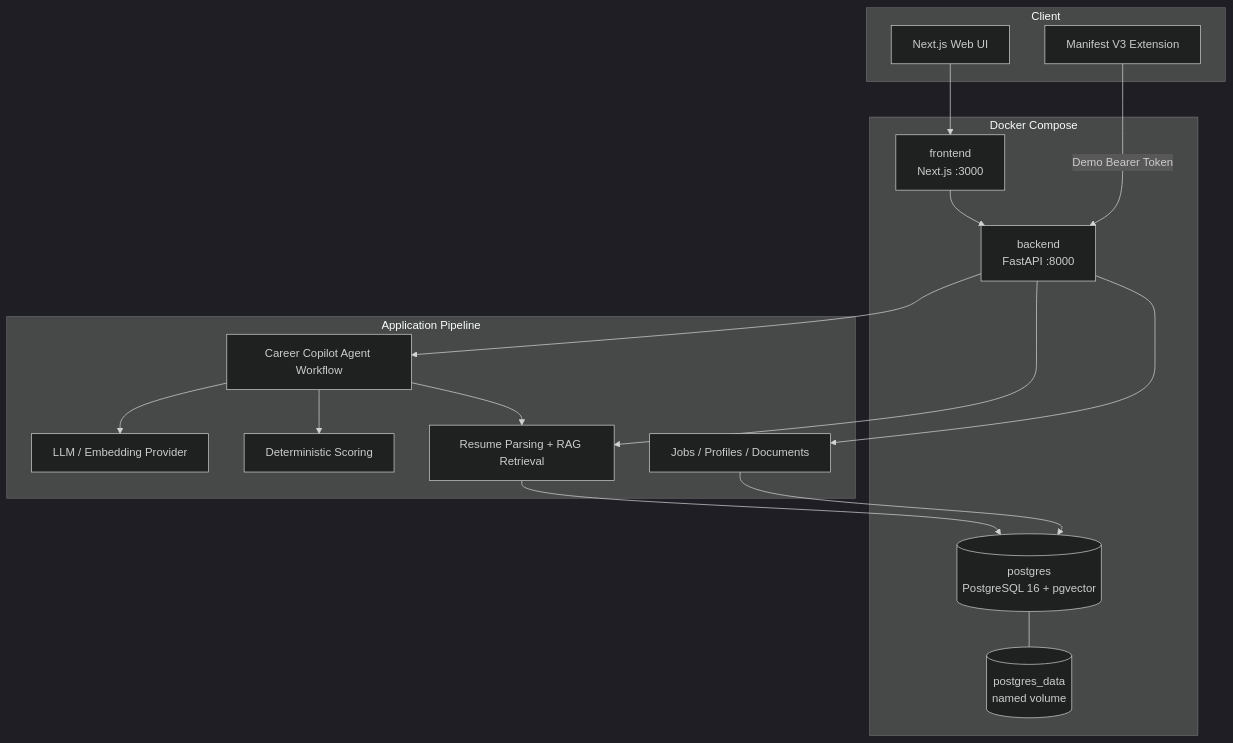
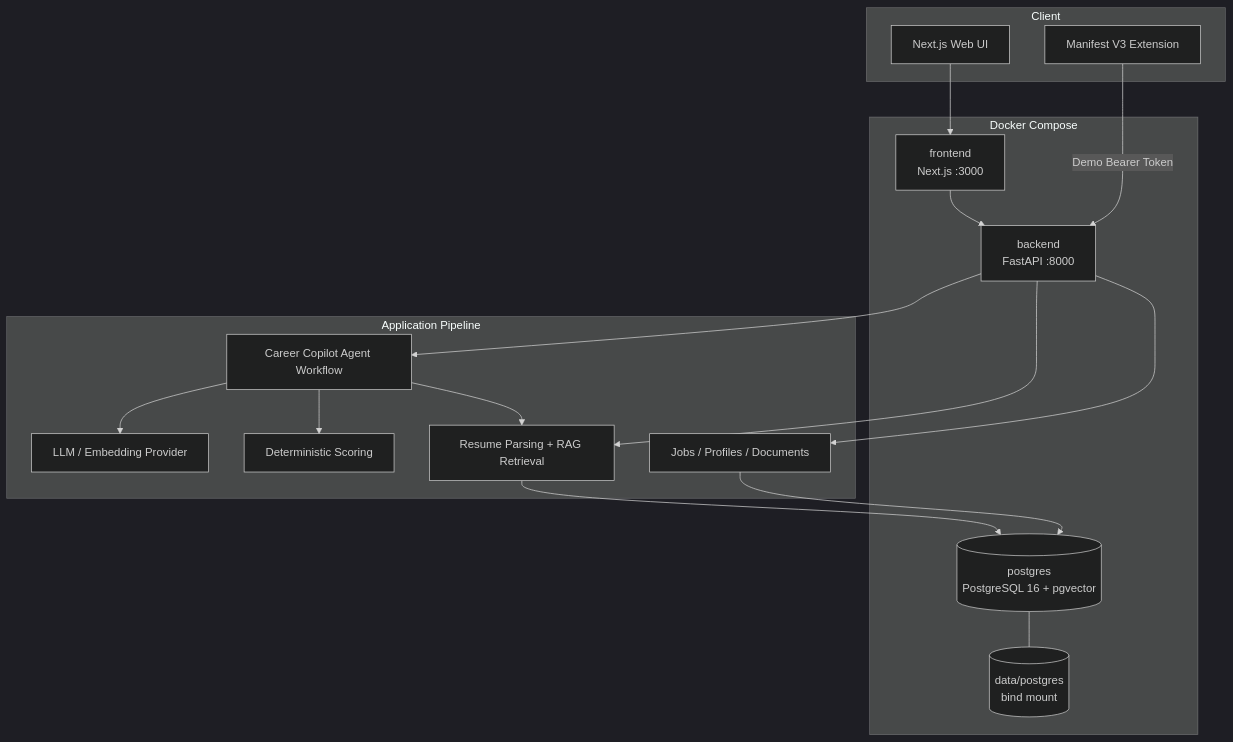
Before and after one commit to qinpei-dev/career-matrix: the first of 4 diagrams in docs/architecture.md, drawn with Mermaid (dark theme). The commit also changed other lines of this file and 5 other files, not shown here.

````diff
--- a/docs/architecture.md
+++ b/docs/architecture.md
@@ -7,34 +7,34 @@
 ```mermaid
 flowchart TB
     subgraph Client["Client"]
         Web["Next.js Web UI"]
         Extension["Manifest V3 Extension"]
     end
 
     subgraph Compose["Docker Compose"]
         Frontend["frontend<br/>Next.js :3000"]
         Backend["backend<br/>FastAPI :8000"]
         Postgres[("postgres<br/>PostgreSQL 16 + pgvector")]
-        Volume[("postgres_data<br/>named volume")]
+        Volume[("data/postgres<br/>bind mount")]
     end
 
     subgraph Intelligence["Application Pipeline"]
         CRUD["Jobs / Profiles / Documents"]
         RAG["Resume Parsing + RAG Retrieval"]
         Agent["Career Copilot Agent Workflow"]
         Scoring["Deterministic Scoring"]
         Provider["LLM / Embedding Provider"]
     end
 
     Web --> Frontend --> Backend
     Extension -->|Demo Bearer Token| Backend
     Backend --> CRUD
     Backend --> RAG
     Backend --> Agent
     CRUD --> Postgres
     RAG --> Postgres
     Agent --> RAG
     Agent --> Scoring
     Agent --> Provider
     Postgres --- Volume
 ```
````
